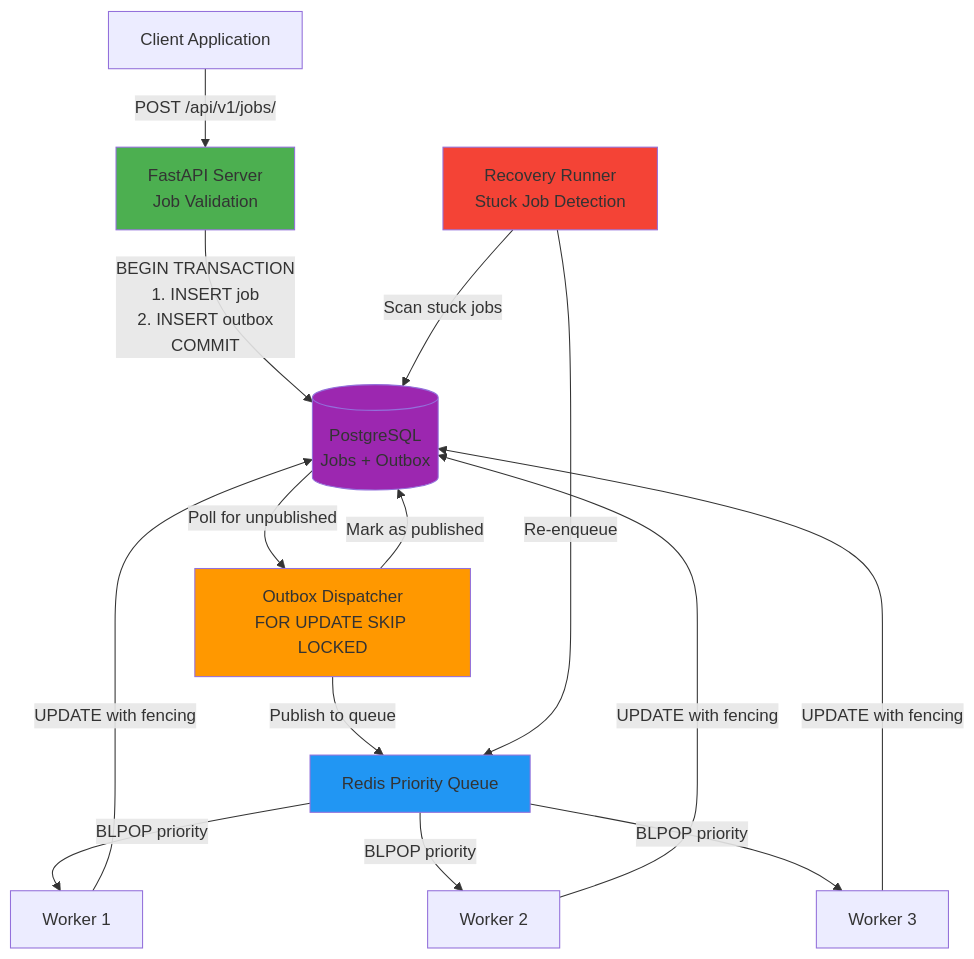
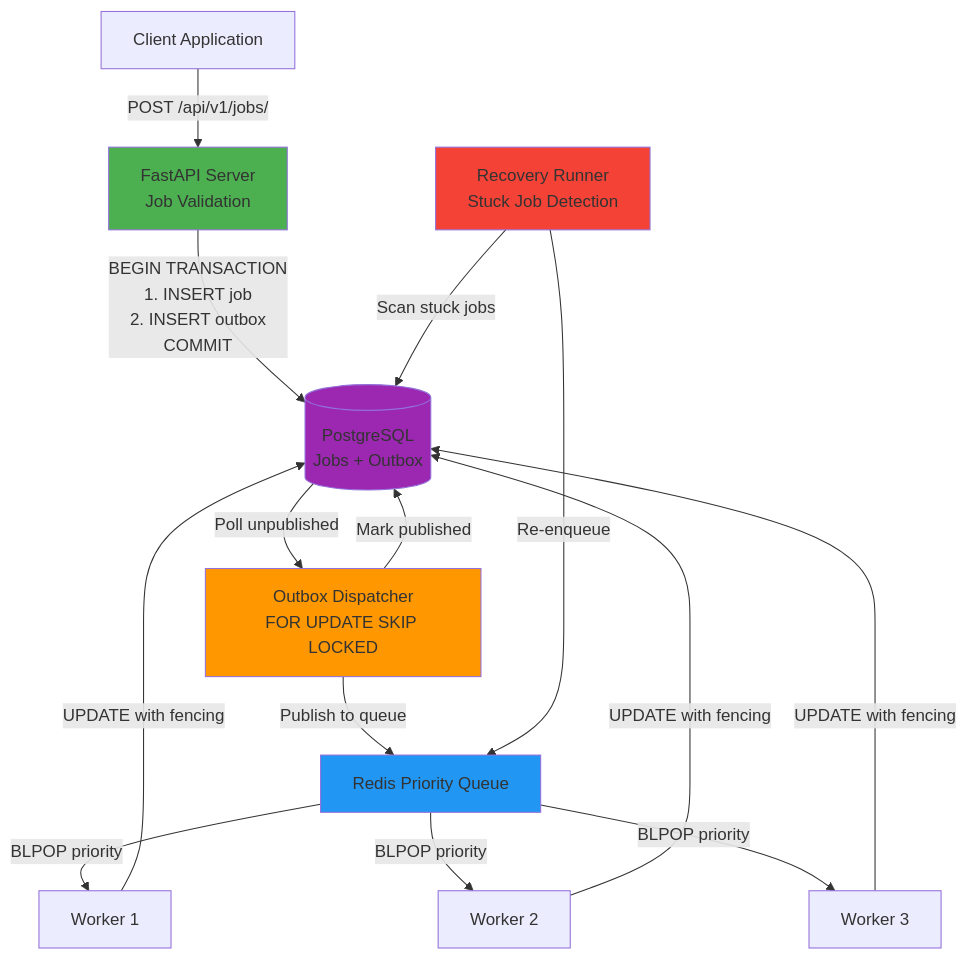
One commit to Latha2308/distributed-job-processing-platform changed the diagram in README.md. Above: the diagram before and after it, drawn with Mermaid. The commit also changed other lines of this file, not shown here.

Commit message:
docs: improve README with architecture and design rationale

````diff
--- a/README.md
+++ b/README.md
@@ -112,30 +82,30 @@
 ```mermaid
 graph TB
     Client[Client Application]
     API[FastAPI Server<br/>Job Validation]
     DB[(PostgreSQL<br/>Jobs + Outbox)]
     Dispatcher[Outbox Dispatcher<br/>FOR UPDATE SKIP LOCKED]
     Queue[Redis Priority Queue]
     W1[Worker 1]
     W2[Worker 2]
     W3[Worker 3]
     Recovery[Recovery Runner<br/>Stuck Job Detection]
 
     Client -->|POST /api/v1/jobs/| API
     API -->|BEGIN TRANSACTION<br/>1. INSERT job<br/>2. INSERT outbox<br/>COMMIT| DB
-    DB -->|Poll for unpublished| Dispatcher
+    DB -->|Poll unpublished| Dispatcher
     Dispatcher -->|Publish to queue| Queue
-    Dispatcher -->|Mark as published| DB
+    Dispatcher -->|Mark published| DB
     Queue -->|BLPOP priority| W1
     Queue -->|BLPOP priority| W2
     Queue -->|BLPOP priority| W3
     W1 & W2 & W3 -->|UPDATE with fencing| DB
     Recovery -->|Scan stuck jobs| DB
     Recovery -->|Re-enqueue| Queue
 
     style API fill:#4CAF50
     style Dispatcher fill:#FF9800
     style Queue fill:#2196F3
     style DB fill:#9C27B0
     style Recovery fill:#F44336
 ```
````
